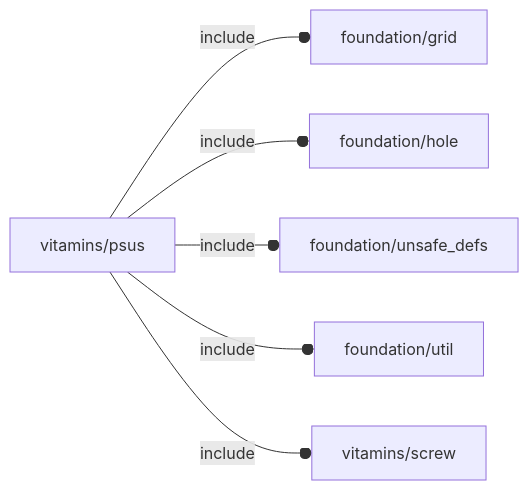
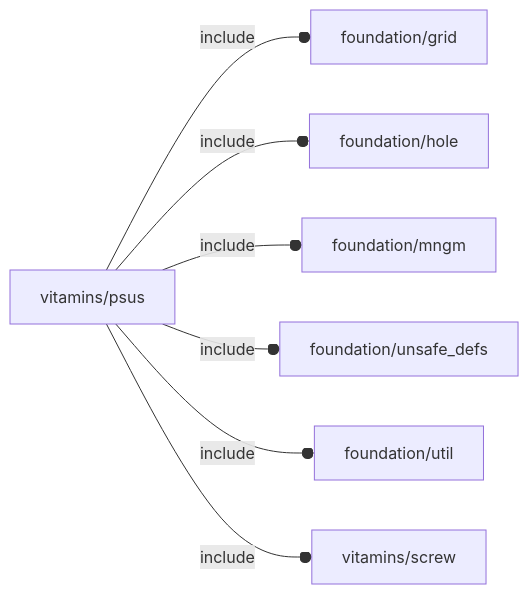
The diagram in orthodocs/vitamins/psus.md (ggabbiani/OFL), drawn with Mermaid before and after one commit. The commit also changed 39 other files, not shown here.

````diff
--- a/orthodocs/vitamins/psus.md
+++ b/orthodocs/vitamins/psus.md
@@ -5,8 +5,9 @@
 ```mermaid
 graph LR
     A1[vitamins/psus] --o|include| A2[foundation/grid]
     A1 --o|include| A3[foundation/hole]
-    A1 --o|include| A4[foundation/unsafe_defs]
-    A1 --o|include| A5[foundation/util]
-    A1 --o|include| A6[vitamins/screw]
+    A1 --o|include| A4[foundation/mngm]
+    A1 --o|include| A5[foundation/unsafe_defs]
+    A1 --o|include| A6[foundation/util]
+    A1 --o|include| A7[vitamins/screw]
 ```
````
